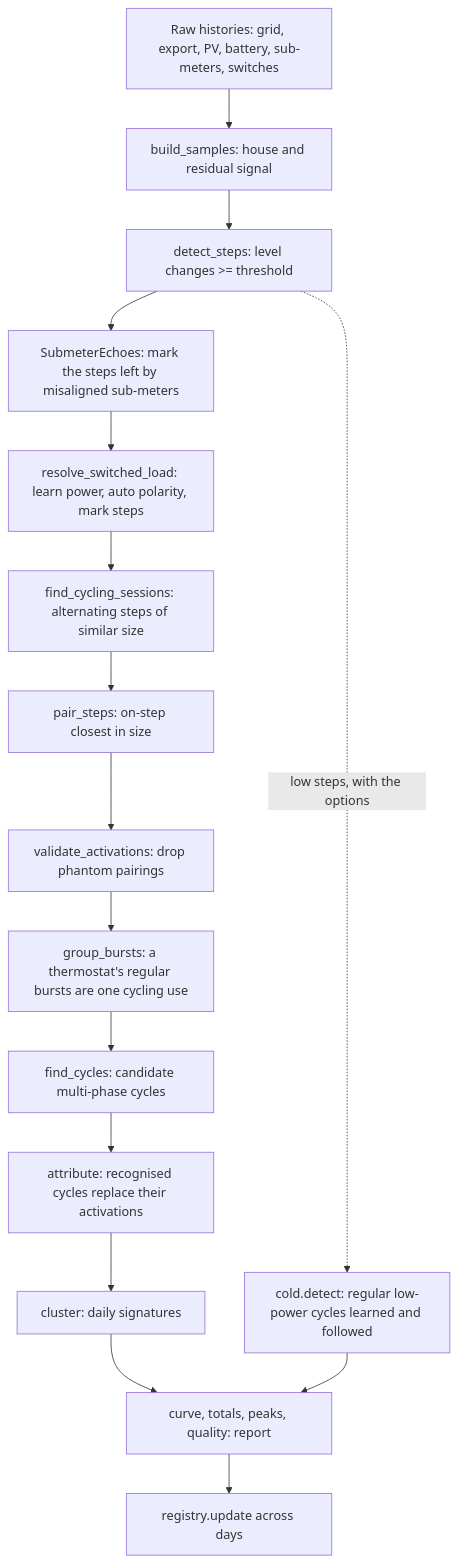
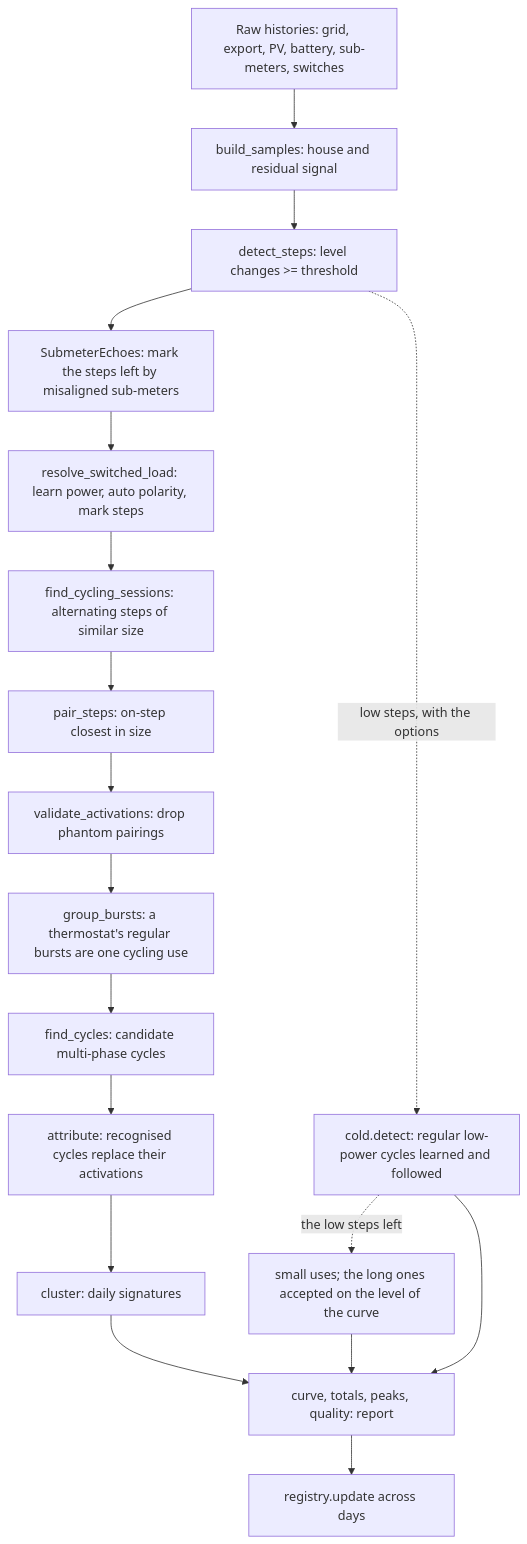
The fourth of 7 diagrams in docs/design.md (sylvaing/ha-energy-mapper), drawn with Mermaid before and after one commit. The commit also changed other lines of this file and 20 other files, not shown here.

First line of the commit message:
Long small uses: about 100 W for hours, accepted on the level of the curve (#110)

````diff
--- a/docs/design.md
+++ b/docs/design.md
@@ -326,18 +326,20 @@
 ```mermaid
 flowchart TD
   H[Raw histories: grid, export, PV, battery, sub-meters, switches] --> S[build_samples: house and residual signal]
   S --> D[detect_steps: level changes >= threshold]
   D --> SE[SubmeterEchoes: mark the steps left by misaligned sub-meters]
   SE --> K[resolve_switched_load: learn power, auto polarity, mark steps]
   K --> C[find_cycling_sessions: alternating steps of similar size]
   C --> P[pair_steps: on-step closest in size]
   P --> V[validate_activations: drop phantom pairings]
   V --> B[group_bursts: a thermostat's regular bursts are one cycling use]
   B --> MC[find_cycles: candidate multi-phase cycles]
   MC --> MA[attribute: recognised cycles replace their activations]
   MA --> G[cluster: daily signatures]
   D -. low steps, with the options .-> CO[cold.detect: regular low-power cycles learned and followed]
+  CO -. the low steps left .-> SM[small uses; the long ones accepted on the level of the curve]
+  SM --> R
   G --> R[curve, totals, peaks, quality: report]
   CO --> R
   R --> RG[registry.update across days]
 ```
````
